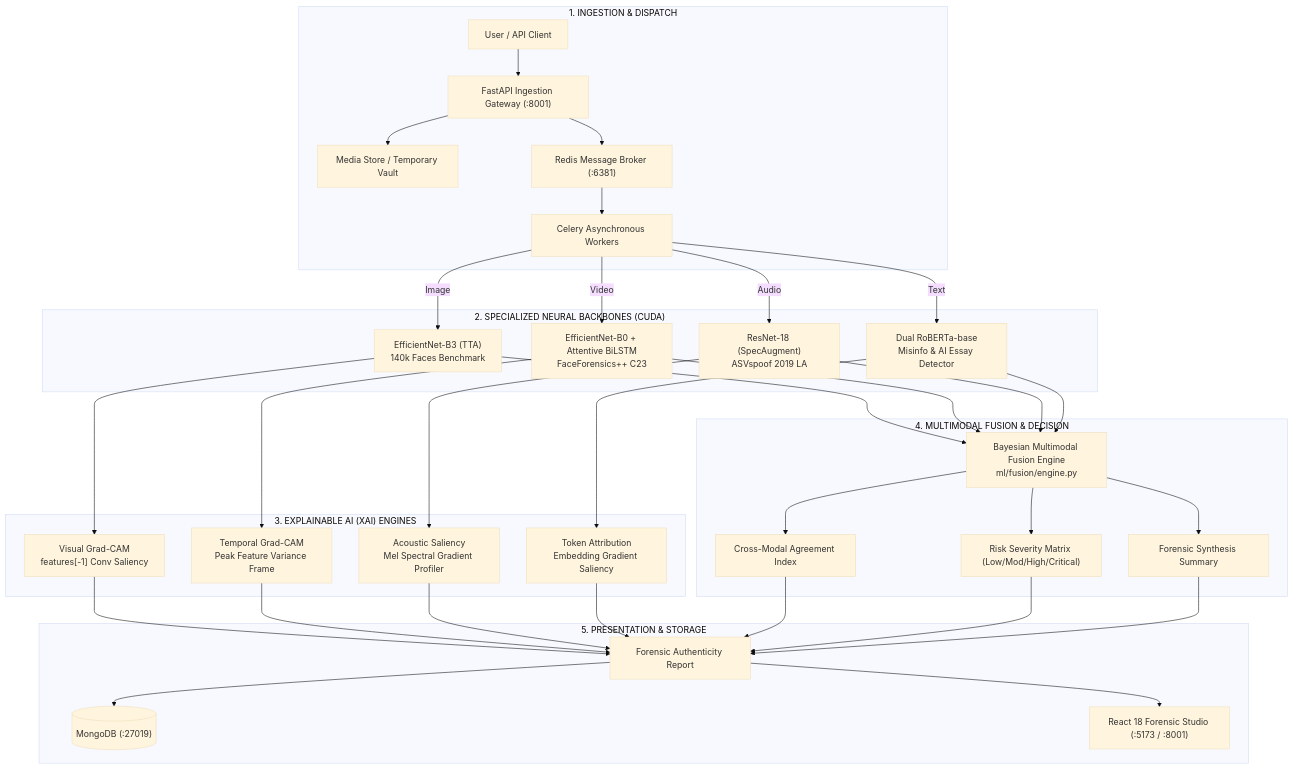
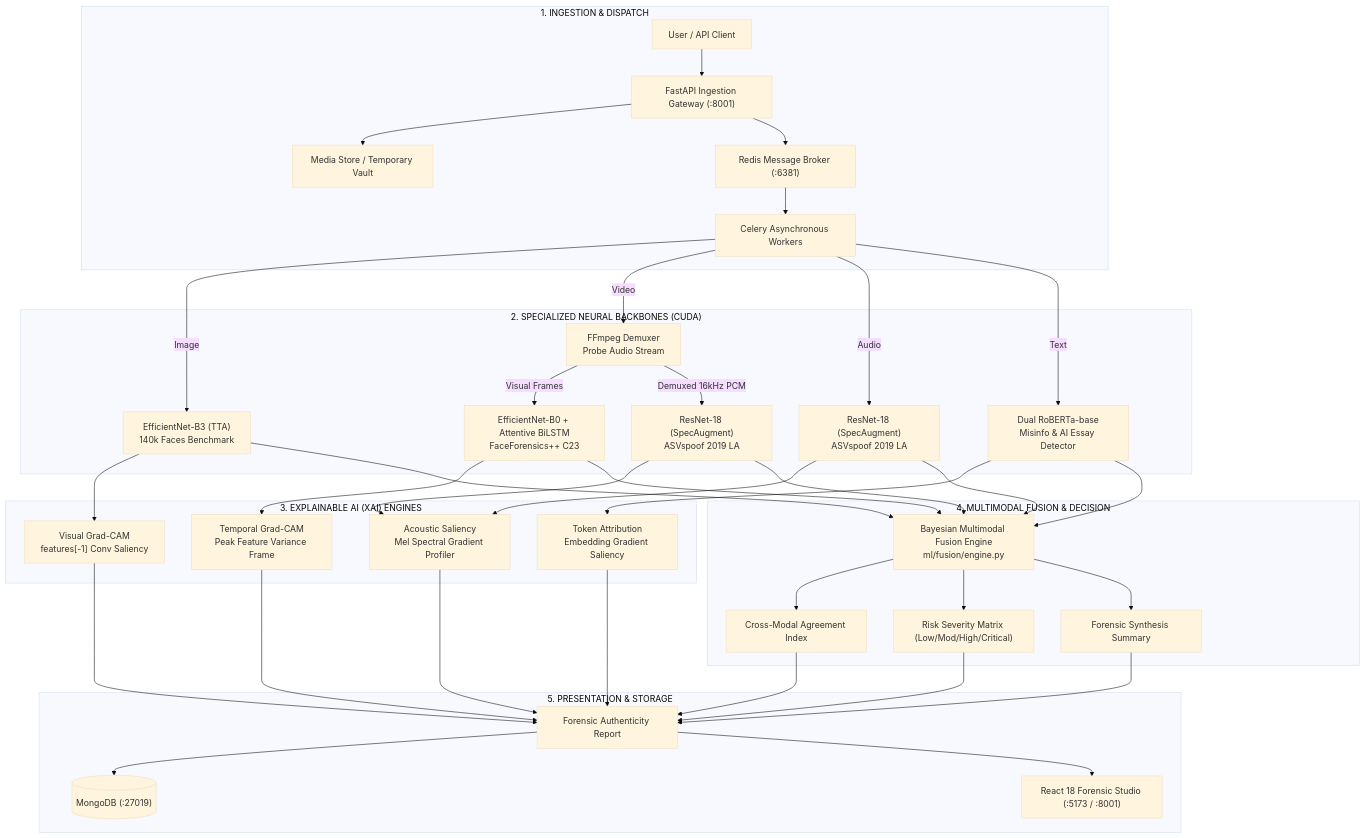
Before and after one commit to divyanshrajat/CheckRealityAI: the diagram in README.md, drawn with Mermaid (base theme). The commit also changed other lines of this file, not shown here.

Commit message:
docs(readme): document dual-stream video audio demuxing, XAI saliency, and multimodal test suite

````diff
--- a/README.md
+++ b/README.md
@@ -73,36 +73,38 @@
 ```mermaid
 flowchart TD
   subgraph INGEST["1. INGESTION & DISPATCH"]
     U["User / API Client"] --> G["FastAPI Ingestion Gateway (:8001)"]
     G --> V["Media Store / Temporary Vault"]
     G --> Q["Redis Message Broker (:6381)"]
     Q --> W["Celery Asynchronous Workers"]
   end
 
   subgraph INFERENCE["2. SPECIALIZED NEURAL BACKBONES (CUDA)"]
     W -->|Image| M_IMG["EfficientNet-B3 (TTA)<br/>140k Faces Benchmark"]
-    W -->|Video| M_VID["EfficientNet-B0 + Attentive BiLSTM<br/>FaceForensics++ C23"]
+    W -->|Video| DEMUX["FFmpeg Demuxer<br/>Probe Audio Stream"]
+    DEMUX -->|Visual Frames| M_VID["EfficientNet-B0 + Attentive BiLSTM<br/>FaceForensics++ C23"]
+    DEMUX -->|Demuxed 16kHz PCM| M_AUD_V["ResNet-18 (SpecAugment)<br/>ASVspoof 2019 LA"]
     W -->|Audio| M_AUD["ResNet-18 (SpecAugment)<br/>ASVspoof 2019 LA"]
     W -->|Text| M_TXT["Dual RoBERTa-base<br/>Misinfo & AI Essay Detector"]
   end
 
   subgraph XAI_LAYER["3. EXPLAINABLE AI (XAI) ENGINES"]
     M_IMG --> X_IMG["Visual Grad-CAM<br/>features[-1] Conv Saliency"]
     M_VID --> X_VID["Temporal Grad-CAM<br/>Peak Feature Variance Frame"]
-    M_AUD --> X_AUD["Acoustic Saliency<br/>Mel Spectral Gradient Profiler"]
+    M_AUD & M_AUD_V --> X_AUD["Acoustic Saliency<br/>Mel Spectral Gradient Profiler"]
     M_TXT --> X_TXT["Token Attribution<br/>Embedding Gradient Saliency"]
   end
 
   subgraph FUSION["4. MULTIMODAL FUSION & DECISION"]
-    M_IMG & M_VID & M_AUD & M_TXT --> F_ENG["Bayesian Multimodal Fusion Engine<br/>ml/fusion/engine.py"]
+    M_IMG & M_VID & M_AUD & M_AUD_V & M_TXT --> F_ENG["Bayesian Multimodal Fusion Engine<br/>ml/fusion/engine.py"]
     F_ENG --> AGR["Cross-Modal Agreement Index"]
     F_ENG --> RSK["Risk Severity Matrix (Low/Mod/High/Critical)"]
     F_ENG --> SYN["Forensic Synthesis Summary"]
   end
 
   subgraph REPORT["5. PRESENTATION & STORAGE"]
     X_IMG & X_VID & X_AUD & X_TXT & AGR & RSK & SYN --> REP["Forensic Authenticity Report"]
     REP --> DB[("MongoDB (:27019)")]
     REP --> UI["React 18 Forensic Studio (:5173 / :8001)"]
   end
 ```
````
